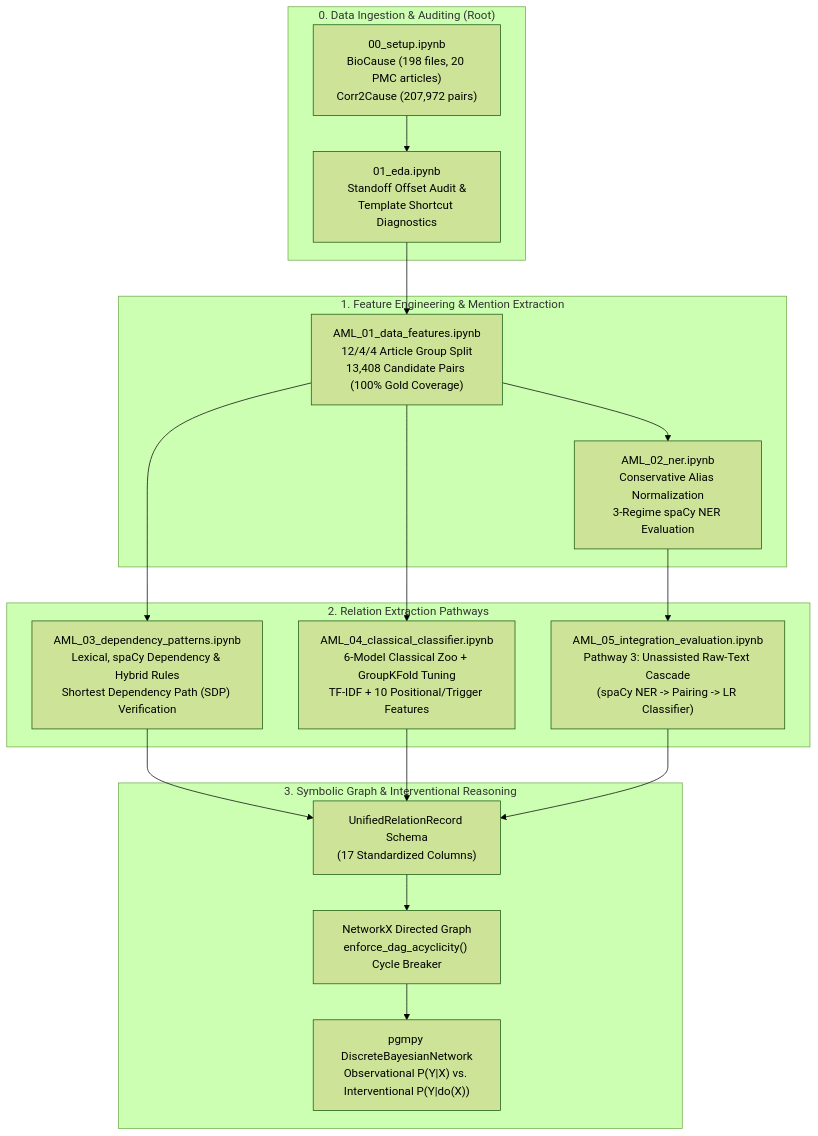
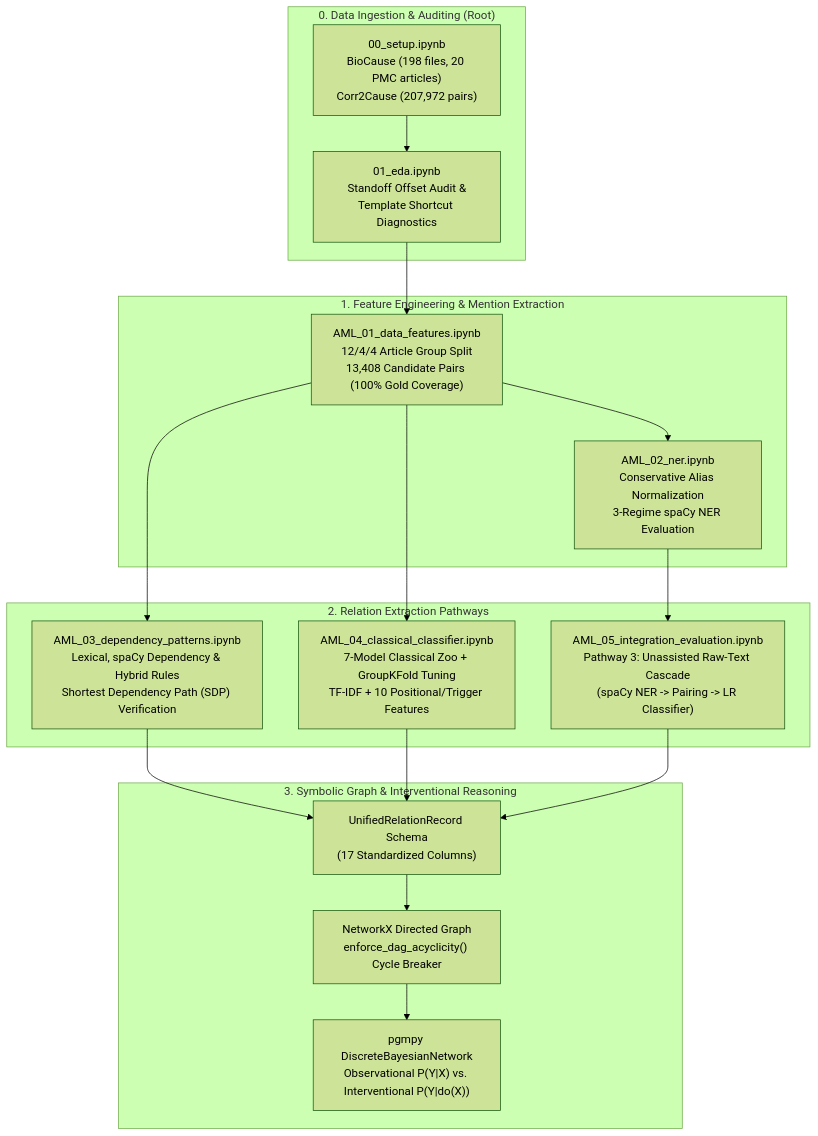
The first of 2 diagrams in AML/README.md (alpha-sml/causal-nlp-reasoning), drawn with Mermaid (forest theme) before and after one commit. The commit also changed other lines of this file and 6 other files, not shown here.

````diff
--- a/AML/README.md
+++ b/AML/README.md
@@ -11,23 +11,23 @@
 ```mermaid
 flowchart TD
     subgraph S0["0. Data Ingestion & Auditing (Root)"]
         A1["00_setup.ipynb<br/>BioCause (198 files, 20 PMC articles)<br/>Corr2Cause (207,972 pairs)"] --> A2["01_eda.ipynb<br/>Standoff Offset Audit &<br/>Template Shortcut Diagnostics"]
     end
 
     subgraph S1["1. Feature Engineering & Mention Extraction"]
         A2 --> B1["AML_01_data_features.ipynb<br/>12/4/4 Article Group Split<br/>13,408 Candidate Pairs (100% Gold Coverage)"]
         B1 --> B2["AML_02_ner.ipynb<br/>Conservative Alias Normalization<br/>3-Regime spaCy NER Evaluation"]
     end
 
     subgraph S2["2. Relation Extraction Pathways"]
         B1 --> C1["AML_03_dependency_patterns.ipynb<br/>Lexical, spaCy Dependency & Hybrid Rules<br/>Shortest Dependency Path (SDP) Verification"]
-        B1 --> C2["AML_04_classical_classifier.ipynb<br/>6-Model Classical Zoo + GroupKFold Tuning<br/>TF-IDF + 10 Positional/Trigger Features"]
+        B1 --> C2["AML_04_classical_classifier.ipynb<br/>7-Model Classical Zoo + GroupKFold Tuning<br/>TF-IDF + 10 Positional/Trigger Features"]
         B2 --> C3["AML_05_integration_evaluation.ipynb<br/>Pathway 3: Unassisted Raw-Text Cascade<br/>(spaCy NER -> Pairing -> LR Classifier)"]
     end
 
     subgraph S3["3. Symbolic Graph & Interventional Reasoning"]
         C1 & C2 & C3 --> D1["UnifiedRelationRecord Schema<br/>(17 Standardized Columns)"]
         D1 --> D2["NetworkX Directed Graph<br/>enforce_dag_acyclicity() Cycle Breaker"]
         D2 --> D3["pgmpy DiscreteBayesianNetwork<br/>Observational P(Y|X) vs. Interventional P(Y|do(X))"]
     end
 ```
````
